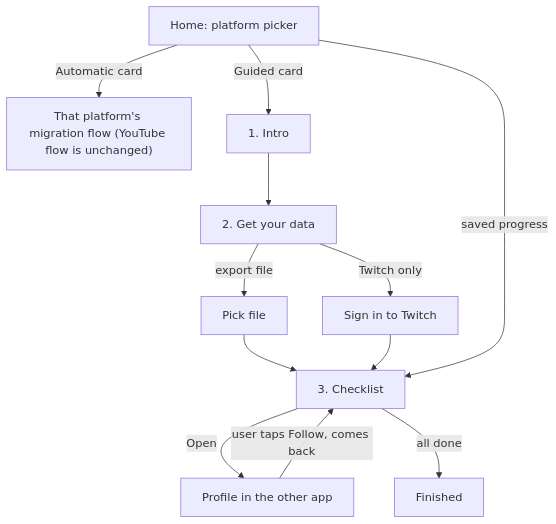
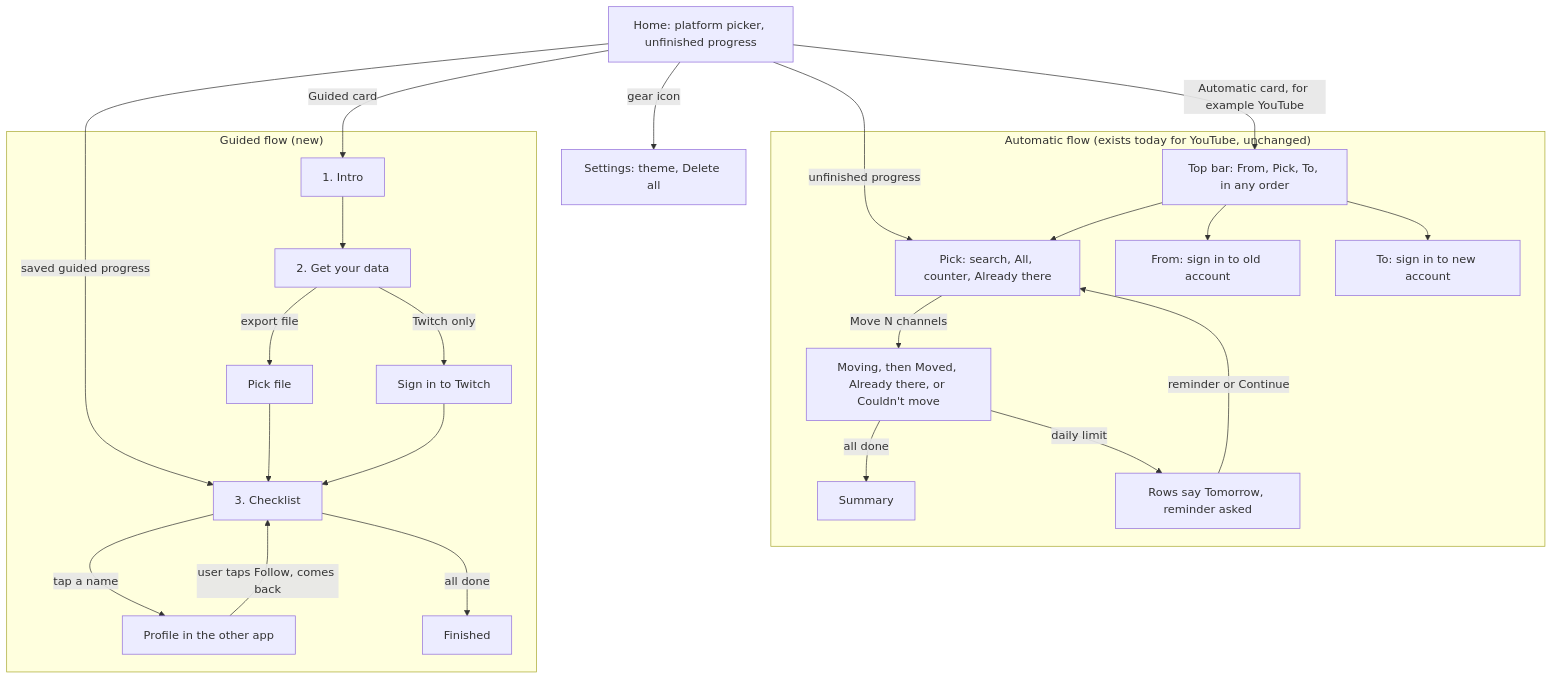
The first of 2 diagrams in specs/004-multi-platform-picker/spec.md (Dodo-Tech-Hub/magpie), drawn with Mermaid before and after one commit. The commit also changed other lines of this file, not shown here.

Commit message:
docs(spec): put Automatic first, link checklist names, add existing flow

````diff
--- a/specs/004-multi-platform-picker/spec.md
+++ b/specs/004-multi-platform-picker/spec.md
@@ -13,14 +13,30 @@
 ```mermaid
 flowchart TD
-    Home["Home: platform picker"] -->|Automatic card| Auto["That platform's migration flow (YouTube flow is unchanged)"]
-    Home -->|Guided card| Intro["1. Intro"]
-    Intro --> Data["2. Get your data"]
-    Data -->|export file| Pick["Pick file"]
-    Data -->|Twitch only| Sign["Sign in to Twitch"]
-    Pick --> Check["3. Checklist"]
-    Sign --> Check
-    Check -->|Open| Other["Profile in the other app"]
-    Other -->|user taps Follow, comes back| Check
-    Check -->|all done| Done["Finished"]
-    Home -->|saved progress| Check
+    Home["Home: platform picker, unfinished progress"] -->|gear icon| Settings["Settings: theme, Delete all"]
+    Home -->|Automatic card, for example YouTube| Bar
+    Home -->|Guided card| Intro
+    Home -->|unfinished progress| Pick
+    Home -->|saved guided progress| Check
+
+    subgraph Auto["Automatic flow (exists today for YouTube, unchanged)"]
+        Bar["Top bar: From, Pick, To, in any order"]
+        Bar --> From["From: sign in to old account"]
+        Bar --> Pick["Pick: search, All, counter, Already there"]
+        Bar --> To["To: sign in to new account"]
+        Pick -->|Move N channels| Moving["Moving, then Moved, Already there, or Couldn't move"]
+        Moving -->|all done| Summary["Summary"]
+        Moving -->|daily limit| Limit["Rows say Tomorrow, reminder asked"]
+        Limit -->|reminder or Continue| Pick
+    end
+
+    subgraph Guided["Guided flow (new)"]
+        Intro["1. Intro"] --> Data["2. Get your data"]
+        Data -->|export file| PickFile["Pick file"]
+        Data -->|Twitch only| Sign["Sign in to Twitch"]
+        PickFile --> Check["3. Checklist"]
+        Sign --> Check
+        Check -->|tap a name| Other["Profile in the other app"]
+        Other -->|user taps Follow, comes back| Check
+        Check -->|all done| Done["Finished"]
+    end
 ```
````
